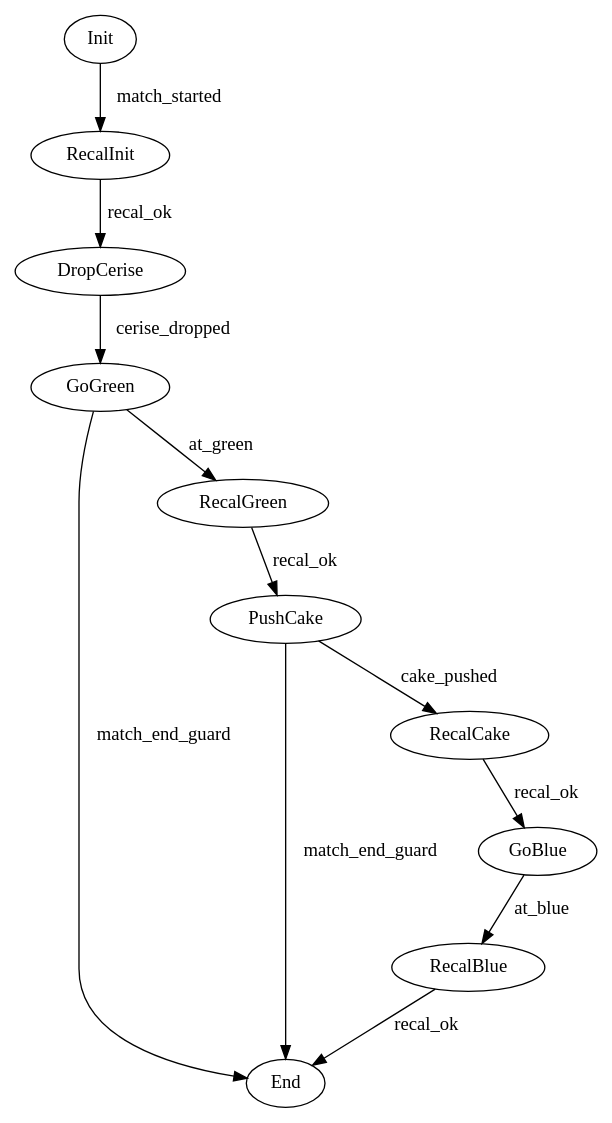
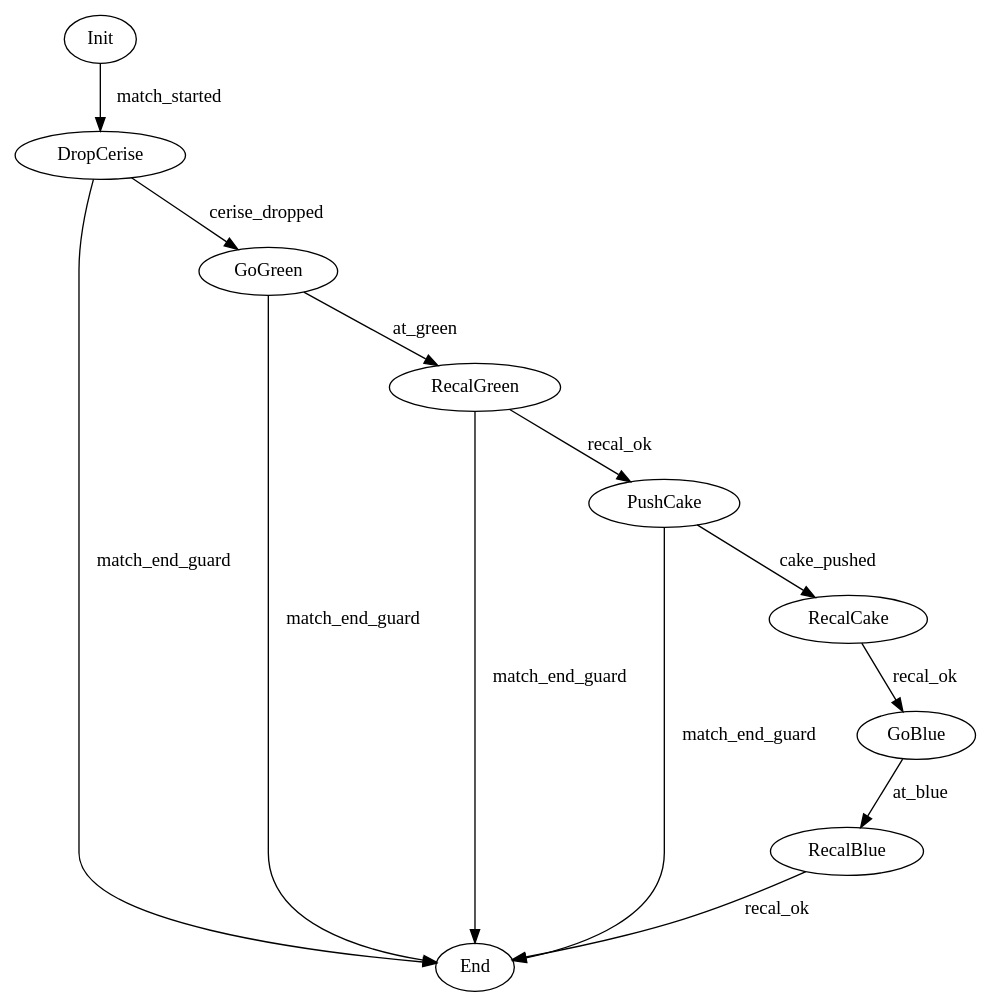
One commit to ENACRobotique/robot_rpi_2023 changed the diagram in src/strategieRobot/strategy_test.dot. Above: the diagram before and after it, drawn with Graphviz. The commit also changed 1 other file, not shown here.

Commit message:
pas de recalage au début du match

```diff
--- a/src/strategieRobot/strategy_test.dot
+++ b/src/strategieRobot/strategy_test.dot
@@ -1,28 +1,28 @@
 #init Init
 digraph statemachine {
 
     //blue side state machine 
     Init [comment="enter:init_enter;loop:init_loop;leave:init_leave"]
     End  [comment="enter:end_enter"]
     DropCerise [comment="enter:cerise_enter;leave:cerise_leave"]
     GoGreen [comment="enter:gogreen_enter;loop:loop_gogreen"]
     PushCake [comment="enter:pushcake_enter;leave:pushcake_leave"]
     GoBlue  [comment="enter:goblue_enter;leave:goblue_leave"]
-    RecalInit [comment="enter:debut_recal"]
+    //RecalInit [comment="enter:debut_recal"]
     RecalGreen [comment="enter:debut_recal"]
     RecalCake [comment="enter:debut_recal"]
     RecalBlue [comment="enter:debut_recal"]
 
-    Init -> RecalInit [label="match_started"]
-    //Init -> GoGreen [label="match_started"]
-    RecalInit -> DropCerise [label="recal_ok"]
+    //Init -> RecalInit [label="match_started"]
+    Init -> DropCerise [label="match_started"]
+    //RecalInit -> DropCerise [label="recal_ok"]
     DropCerise -> GoGreen [label="cerise_dropped"]
     GoGreen -> RecalGreen [label="at_green"]
     RecalGreen -> PushCake [label="recal_ok"]
     PushCake -> RecalCake [label="cake_pushed"]
     RecalCake -> GoBlue [label="recal_ok"]
     GoBlue -> RecalBlue [label="at_blue"]
     RecalBlue -> End [label="recal_ok"]
-    {GoGreen PushCake} -> End [label="match_end_guard"]
+    {GoGreen PushCake DropCerise RecalGreen} -> End [label="match_end_guard"]
 
 }
```
